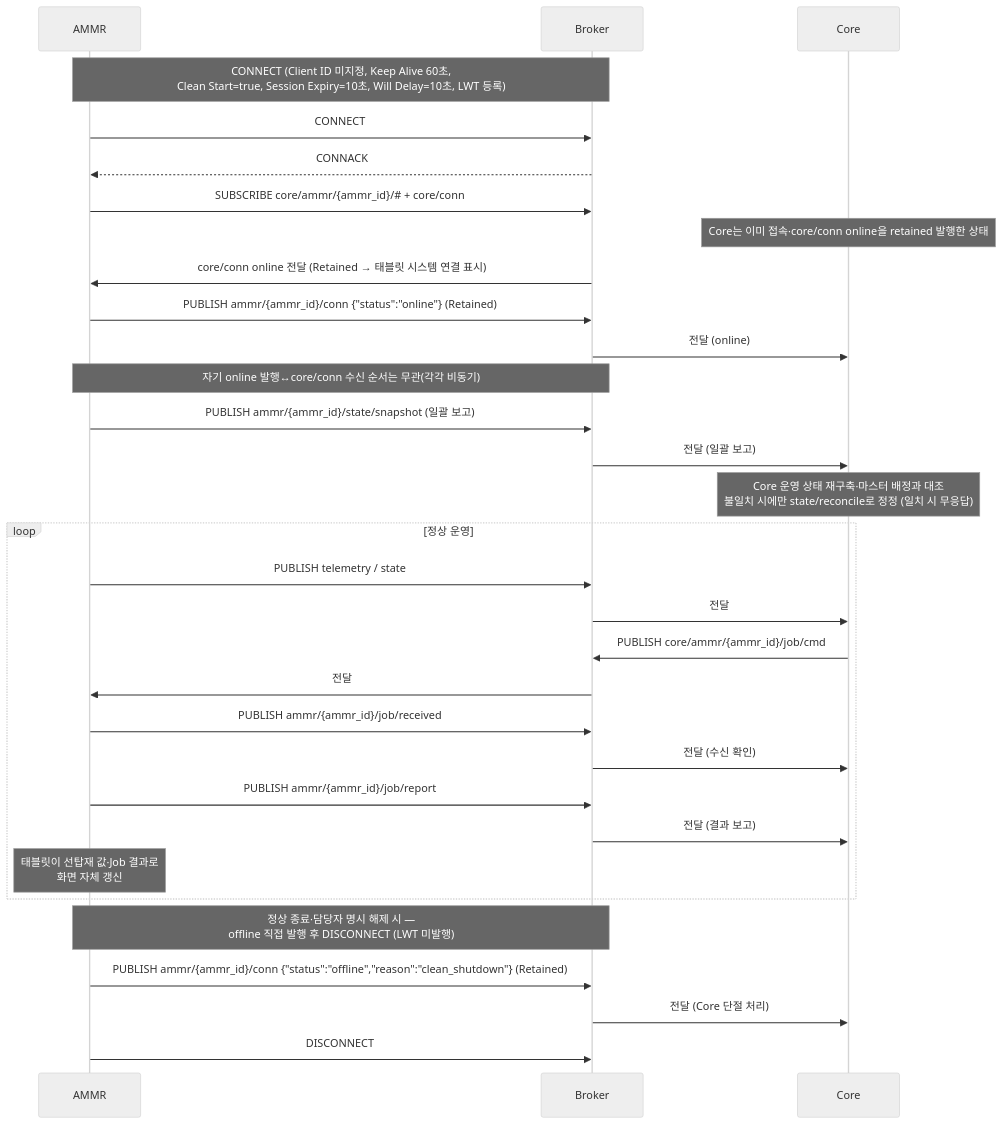
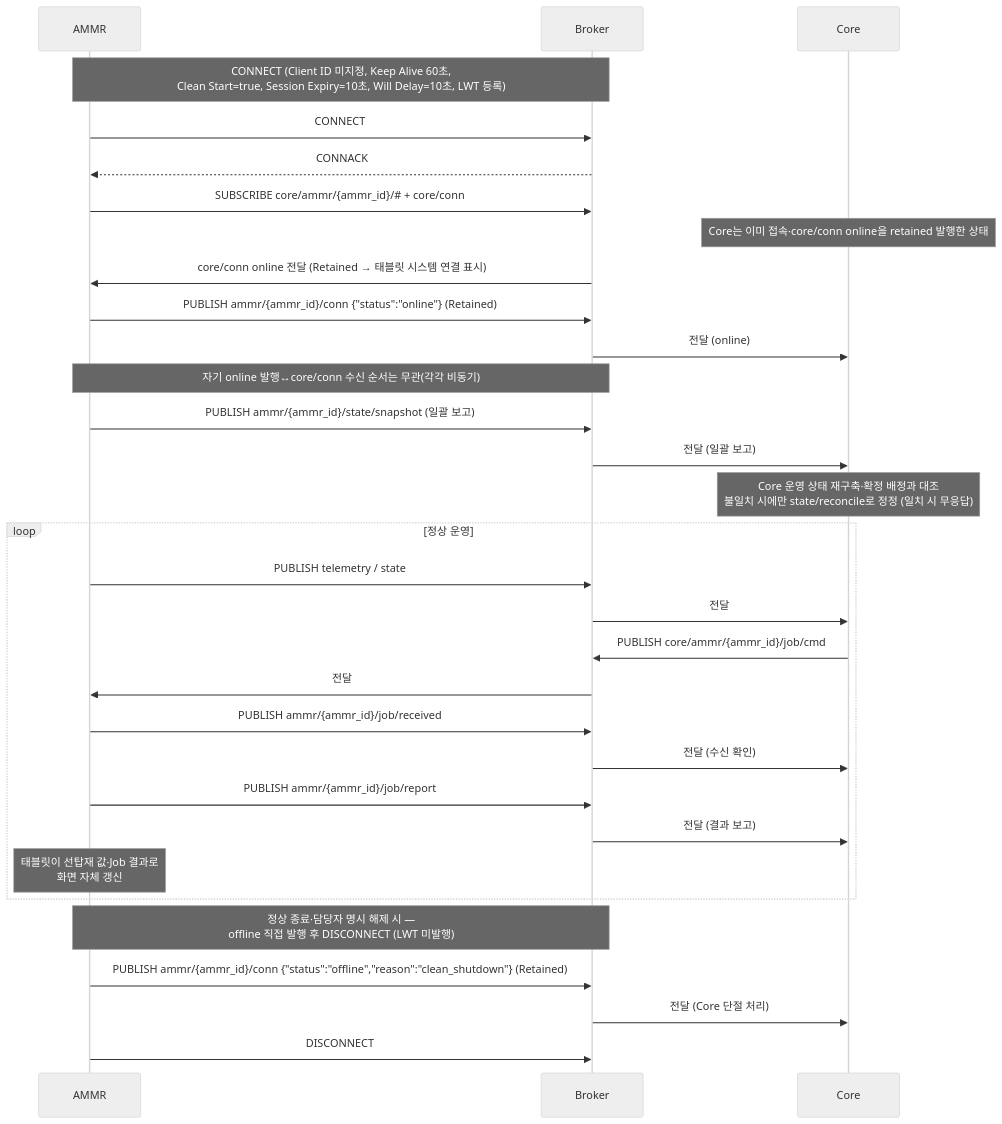
The third of 13 diagrams in docs/out/Core_ICD_AMMR.md (kimminsu0315/Core-Docs), drawn with Mermaid (neutral theme) before and after one commit. The commit also changed other lines of this file and 7 other files, not shown here.

````diff
--- a/docs/out/Core_ICD_AMMR.md
+++ b/docs/out/Core_ICD_AMMR.md
@@ -252,36 +252,36 @@
 ```mermaid
 sequenceDiagram
     participant A as AMMR
     participant B as Broker
     participant C as Core
 
     Note over A,B: CONNECT (Client ID 미지정, Keep Alive 60초,<br/>Clean Start=true, Session Expiry=10초, Will Delay=10초, LWT 등록)
     A->>B: CONNECT
     B-->>A: CONNACK
     A->>B: SUBSCRIBE core/ammr/{ammr_id}/#35; + core/conn
     Note over C: Core는 이미 접속·core/conn online을 retained 발행한 상태
     B->>A: core/conn online 전달 (Retained → 태블릿 시스템 연결 표시)
     A->>B: PUBLISH ammr/{ammr_id}/conn {"status":"online"} (Retained)
     B->>C: 전달 (online)
     Note over A,B: 자기 online 발행↔core/conn 수신 순서는 무관(각각 비동기)
     A->>B: PUBLISH ammr/{ammr_id}/state/snapshot (일괄 보고)
     B->>C: 전달 (일괄 보고)
-    Note over C: Core 운영 상태 재구축·마스터 배정과 대조<br/>불일치 시에만 state/reconcile로 정정 (일치 시 무응답)
+    Note over C: Core 운영 상태 재구축·확정 배정과 대조<br/>불일치 시에만 state/reconcile로 정정 (일치 시 무응답)
 
     loop 정상 운영
         A->>B: PUBLISH telemetry / state
         B->>C: 전달
         C->>B: PUBLISH core/ammr/{ammr_id}/job/cmd
         B->>A: 전달
         A->>B: PUBLISH ammr/{ammr_id}/job/received
         B->>C: 전달 (수신 확인)
         A->>B: PUBLISH ammr/{ammr_id}/job/report
         B->>C: 전달 (결과 보고)
         Note over A: 태블릿이 선탑재 값·Job 결과로<br/>화면 자체 갱신
     end
 
     Note over A,B: 정상 종료·담당자 명시 해제 시 —<br/>offline 직접 발행 후 DISCONNECT (LWT 미발행)
     A->>B: PUBLISH ammr/{ammr_id}/conn {"status":"offline","reason":"clean_shutdown"} (Retained)
     B->>C: 전달 (Core 단절 처리)
     A->>B: DISCONNECT
 ```
````
